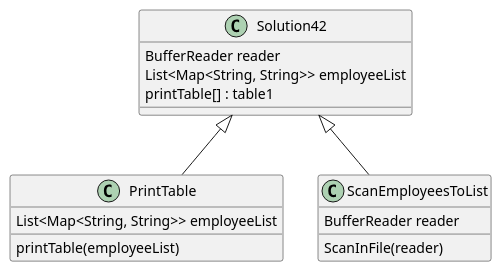
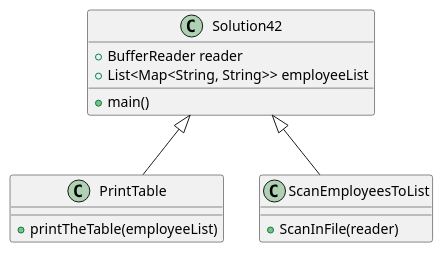
The diagram in exercise42/baseline.Solution42/docs/Solution42.puml (faziok/fazio-a04), drawn with PlantUML before and after one commit. The commit also changed 6 other files, not shown here.

Commit message:
updated UML and small cleanups

```diff
--- a/exercise42/baseline.Solution42/docs/Solution42.puml
+++ b/exercise42/baseline.Solution42/docs/Solution42.puml
@@ -1,23 +1,19 @@
 @startuml
 class Solution42{
-BufferReader reader
-List<Map<String, String>> employeeList
-printTable[] : table1
-
+    +main()
+    +BufferReader reader
+    +List<Map<String, String>> employeeList
 }
 
 class PrintTable{
-List<Map<String, String>> employeeList
-printTable(employeeList)
+    +printTheTable(employeeList)
 }
 
 class ScanEmployeesToList{
-BufferReader reader
-
-ScanInFile(reader)
+    +ScanInFile(reader)
 }
 
 Solution42 <|-- PrintTable
 Solution42 <|-- ScanEmployeesToList
 
 @enduml
```
